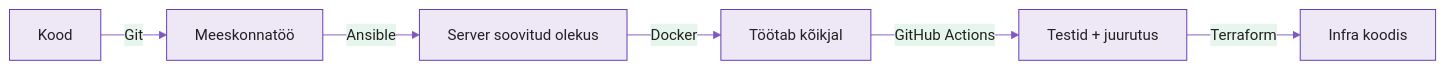
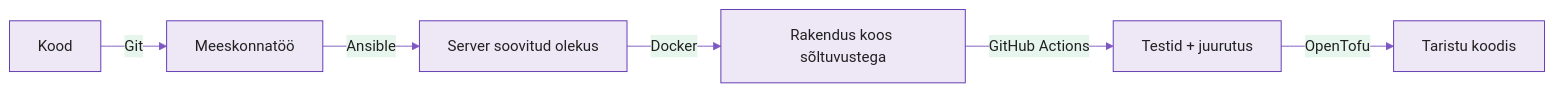
One commit to hkhk-automation/devops changed the second of 2 diagrams in docs/week01/lecture.md. Above: the diagram before and after it, drawn with Mermaid. The commit also changed other lines of this file and 2 other files, not shown here.

Commit message:
N1: PowerShelli SSH-juhend kursuse võtmega kursus_ed25519, kodeeringu selgitus täpsem, veaotsing kokkuvolditud; praktikumis repositoorium ja WSL2 alguses; loengus täpsemad väited (idempotentsus, automaatika viga, SLO), OpenTofu

````diff
--- a/docs/week01/lecture.md
+++ b/docs/week01/lecture.md
@@ -225,9 +225,9 @@
 ```mermaid
 %%{init: {'theme':'base','themeVariables':{'primaryColor':'#ede7f6','primaryBorderColor':'#5e35b1','primaryTextColor':'#212121','lineColor':'#7e57c2'}}}%%
 graph LR
     A[Kood] -->|Git| B[Meeskonnatöö]
     B -->|Ansible| C[Server soovitud olekus]
-    C -->|Docker| D[Töötab kõikjal]
+    C -->|Docker| D[Rakendus koos sõltuvustega]
     D -->|GitHub Actions| E[Testid + juurutus]
-    E -->|Terraform| F[Infra koodis]
+    E -->|OpenTofu| F[Taristu koodis]
 ```
````
